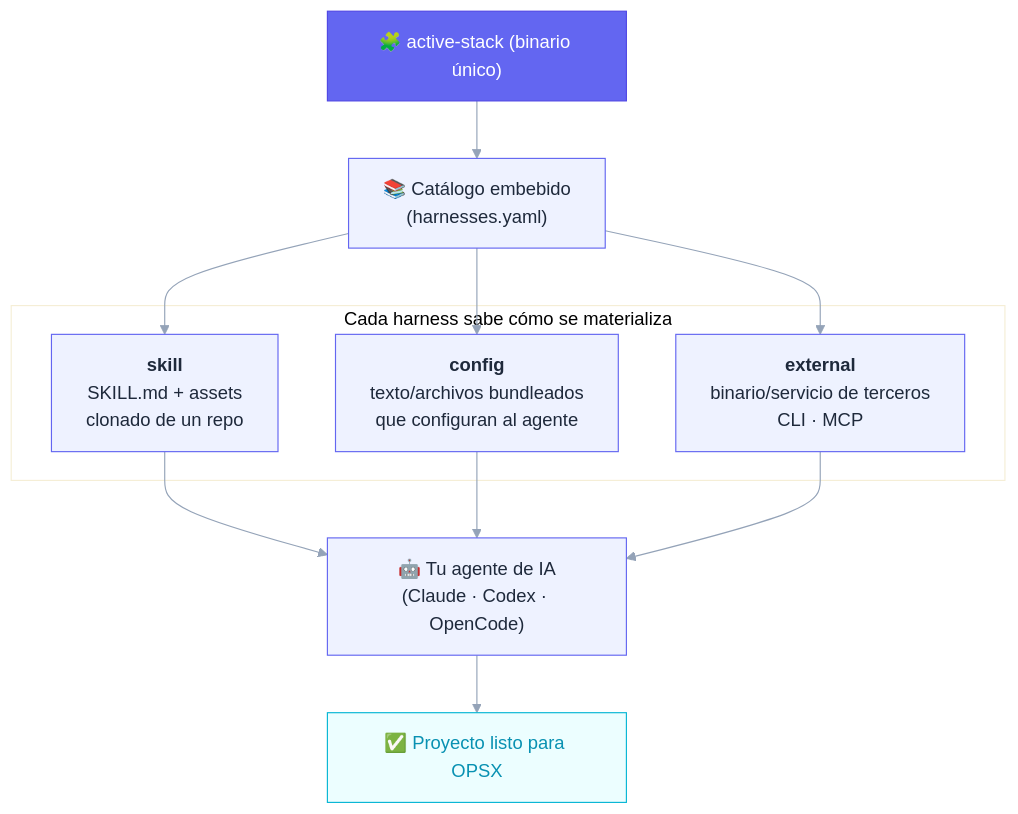
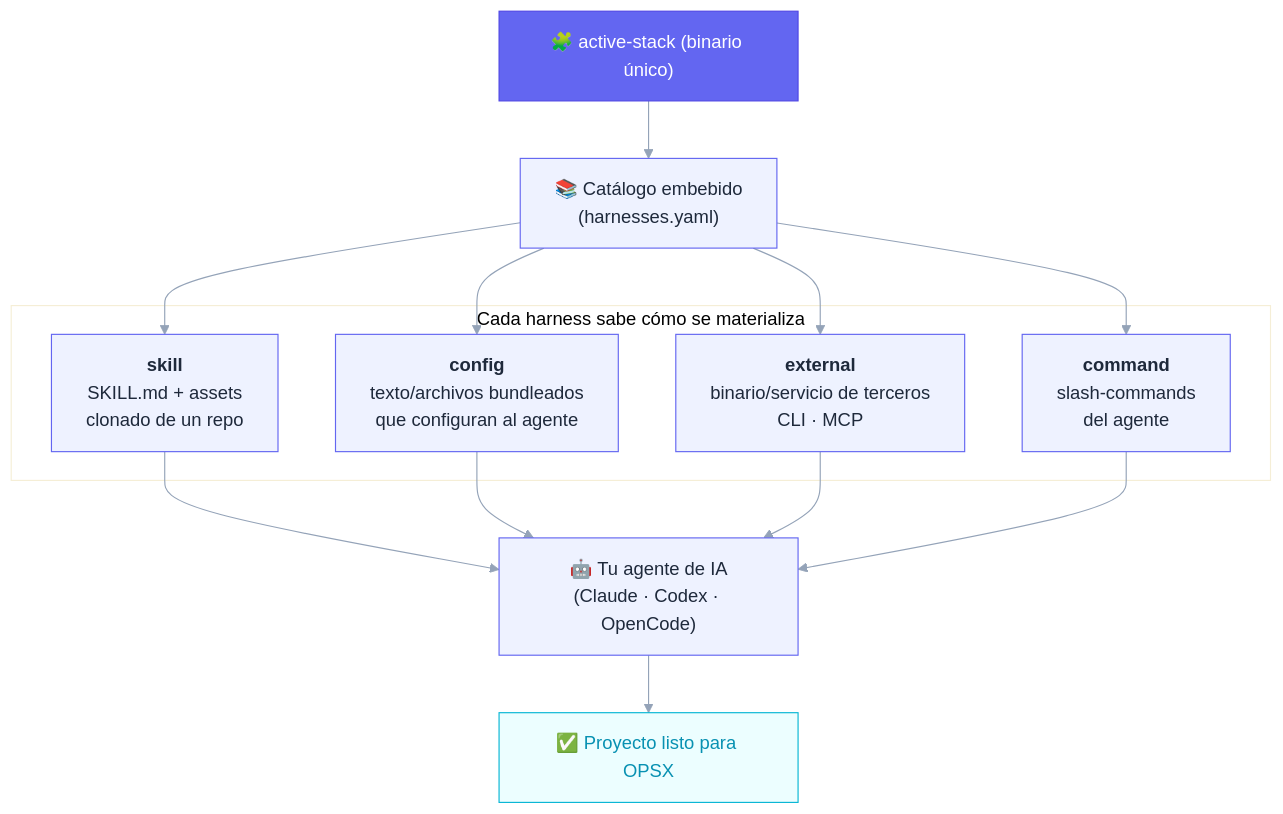
One commit to Group-Active-IA/active-stack-V2 changed the first of 3 diagrams in README.md. Above: the diagram before and after it, drawn with Mermaid. The commit also changed other lines of this file and 8 other files, not shown here.

````diff
--- a/README.md
+++ b/README.md
@@ -56,25 +42,28 @@
 ```mermaid
 %%{init: {'theme':'base','themeVariables':{'primaryColor':'#eef2ff','primaryBorderColor':'#6366f1','primaryTextColor':'#1e293b','lineColor':'#94a3b8','fontFamily':'sans-serif'}}}%%
 flowchart TD
     BIN["🧩 active-stack (binario único)"] --> CAT["📚 Catálogo embebido<br/>(harnesses.yaml)"]
     CAT --> T1
     CAT --> T2
     CAT --> T3
+    CAT --> T4
 
     subgraph TIPOS["Cada harness sabe cómo se materializa"]
         T1["<b>skill</b><br/>SKILL.md + assets<br/>clonado de un repo"]
         T2["<b>config</b><br/>texto/archivos bundleados<br/>que configuran al agente"]
         T3["<b>external</b><br/>binario/servicio de terceros<br/>CLI · MCP"]
+        T4["<b>command</b><br/>slash-commands<br/>del agente"]
     end
 
     T1 --> AG["🤖 Tu agente de IA<br/>(Claude · Codex · OpenCode)"]
     T2 --> AG
     T3 --> AG
+    T4 --> AG
 
     AG --> OPSX["✅ Proyecto listo para OPSX"]
 
     classDef bin fill:#6366f1,color:#fff,stroke:#4f46e5;
     classDef ok fill:#ecfeff,color:#0891b2,stroke:#06b6d4;
     class BIN bin;
     class OPSX ok;
 ```
````
